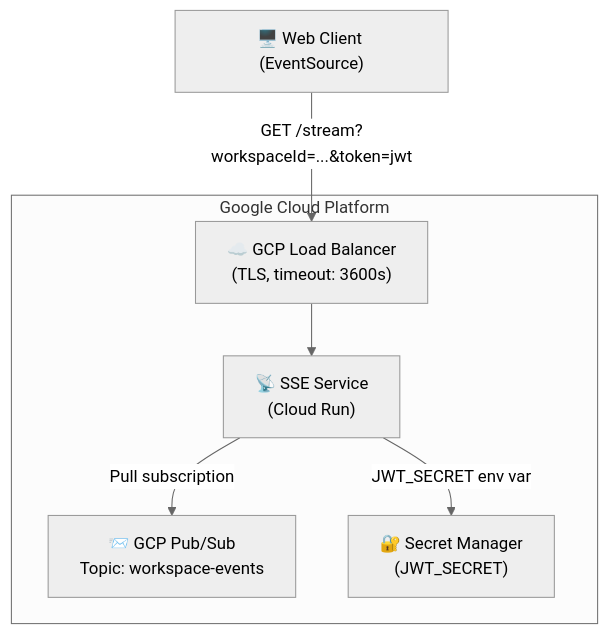
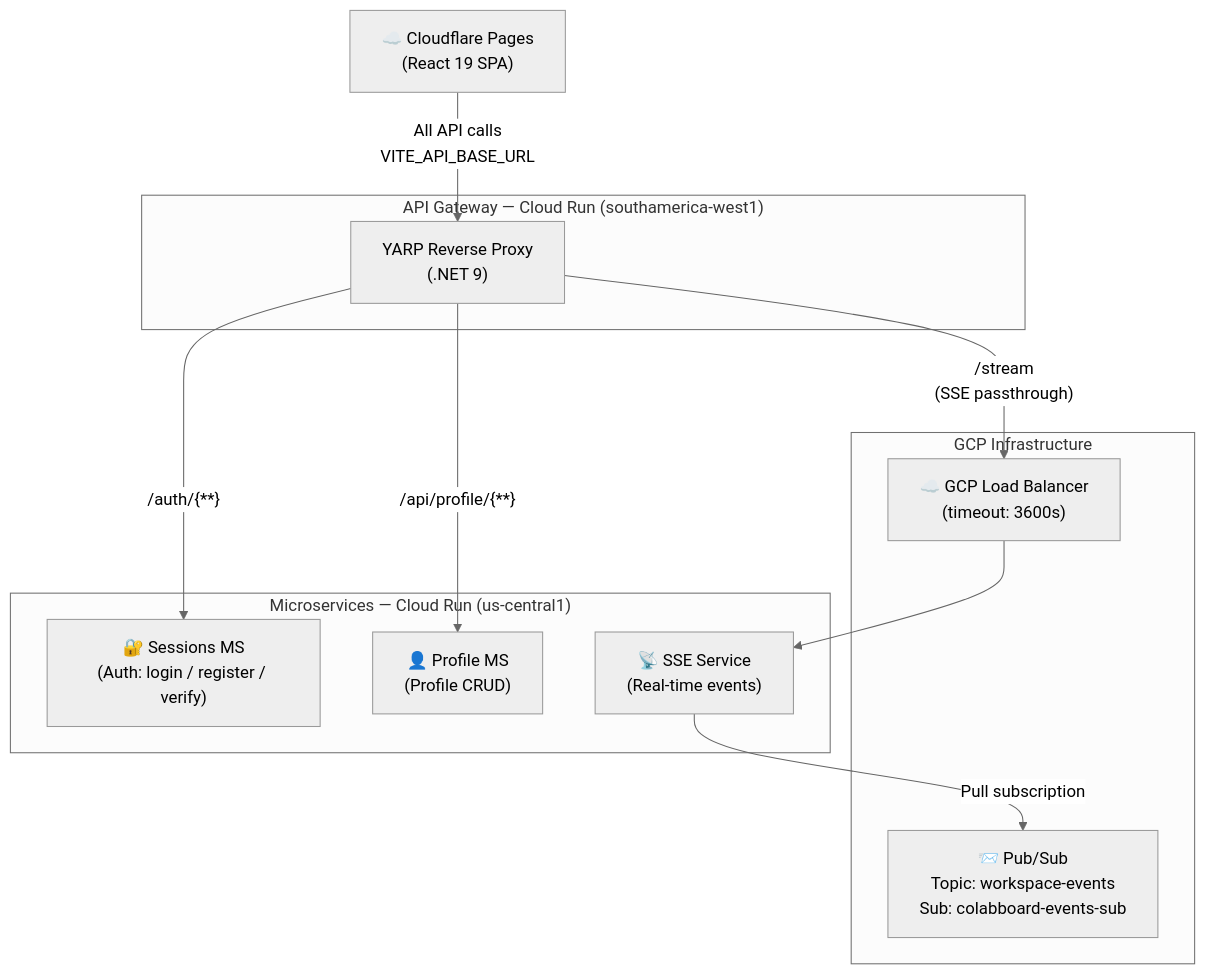
Before and after one commit to jlizarazoa/ColabBoard_Docs: the first of 2 diagrams in docs/overview/architecture.md, drawn with Mermaid (neutral theme). The commit also changed other lines of this file and 5 other files, not shown here.

First line of the commit message:
docs: add web app, API gateway, and update architecture

````diff
--- a/docs/overview/architecture.md
+++ b/docs/overview/architecture.md
@@ -13,16 +13,26 @@
 ```mermaid
 graph TB
-    Client["🖥️ Web Client (EventSource)"]
+    CF["☁️ Cloudflare Pages\n(React 19 SPA)"]
 
-    subgraph GCP["Google Cloud Platform"]
-        LB["☁️ GCP Load Balancer\n(TLS, timeout: 3600s)"]
-        CR["📡 SSE Service\n(Cloud Run)"]
-        PubSub["📨 GCP Pub/Sub\nTopic: workspace-events"]
-        SM["🔐 Secret Manager\n(JWT_SECRET)"]
+    subgraph GW["API Gateway — Cloud Run (southamerica-west1)"]
+        YARP["YARP Reverse Proxy\n(.NET 9)"]
     end
 
-    Client -->|"GET /stream?workspaceId=...&token=jwt"| LB
-    LB --> CR
-    CR -->|"Pull subscription"| PubSub
-    CR -->|"JWT_SECRET env var"| SM
+    subgraph Services["Microservices — Cloud Run (us-central1)"]
+        SessionsMS["🔐 Sessions MS\n(Auth: login / register / verify)"]
+        ProfileMS["👤 Profile MS\n(Profile CRUD)"]
+        SSEService["📡 SSE Service\n(Real-time events)"]
+    end
+
+    subgraph GCP["GCP Infrastructure"]
+        PubSub["📨 Pub/Sub\nTopic: workspace-events\nSub: colabboard-events-sub"]
+        LB["☁️ GCP Load Balancer\n(timeout: 3600s)"]
+    end
+
+    CF -->|"All API calls\nVITE_API_BASE_URL"| YARP
+    YARP -->|"/auth/{**}"| SessionsMS
+    YARP -->|"/api/profile/{**}"| ProfileMS
+    YARP -->|"/stream\n(SSE passthrough)"| LB
+    LB --> SSEService
+    SSEService -->|"Pull subscription"| PubSub
 ```
````
